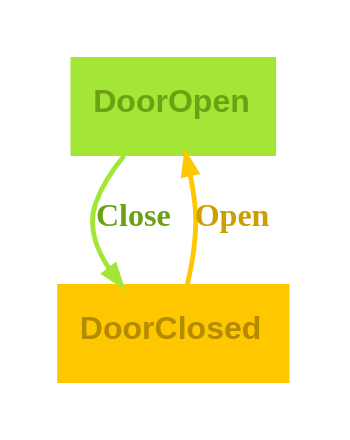
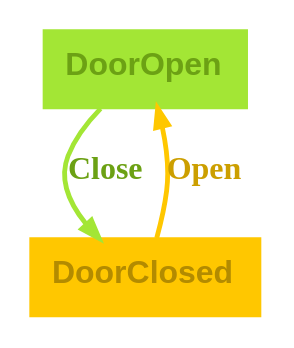
Before and after one commit to m-bock/purescript-transit: the diagram in renders/door_graph-light.dot, drawn with Graphviz. The commit also changed 41 other files, not shown here.

Commit message:
Enhance Graphviz integration and update tutorial examples; modify rendering options for various themes, improve state diagram generation for DoorPin and Bridges of Königsberg, and refine documentation for clarity and consistency across examples.

```diff
--- a/renders/door_graph-light.dot
+++ b/renders/door_graph-light.dot
@@ -1,8 +1,8 @@
 digraph 
 {
-rankdir = "TD";fontname = "Arial";labelloc = "t";fontsize = 12;bgcolor = "#ffffff";color = "#000000";fontcolor = "#000000";pad = 0.2;layout = "dot";rankdir = "TD"
-DoorOpen [shape = "box", label = <<b>DoorOpen</b>>, fontsize = 12, style = "filled", fillcolor = "#a3e635", fontcolor = "#6ca114", color = "#a3e635", fontname = "Arial", labelloc = "c", penwidth = 1.0]
-DoorOpen -> DoorClosed [color = "#a3e635", fontcolor = "#6ca114", fontsize = 12, arrowsize = "0.7", label = <<b>Close</b>>, penwidth = 1.8]
-DoorClosed [shape = "box", label = <<b>DoorClosed</b>>, fontsize = 12, style = "filled", fillcolor = "#ffc700", fontcolor = "#b38b00", color = "#ffc700", fontname = "Arial", labelloc = "c", penwidth = 1.0]
-DoorClosed -> DoorOpen [color = "#ffc700", fontcolor = "#cc9f00", fontsize = 12, arrowsize = "0.7", label = <<b>Open</b>>, penwidth = 1.8]
+rankdir = "TD";fontname = "Arial";labelloc = "t";fontsize = 12.0;bgcolor = "#ffffff";color = "#000000";fontcolor = "#000000";layout = "dot";rankdir = "TD"
+DoorOpen [shape = "box", label = <<b>DoorOpen</b>>, fontsize = 12.0, style = "filled", fillcolor = "#a3e635", fontcolor = "#6ca114", color = "#a3e635", fontname = "Arial", labelloc = "c", penwidth = 1.0, height = 0.4]
+DoorOpen -> DoorClosed [color = "#a3e635", fontcolor = "#6ca114", fontsize = 12.0, arrowsize = "0.7", label = <<b>Close</b>>, penwidth = 1.8]
+DoorClosed [shape = "box", label = <<b>DoorClosed</b>>, fontsize = 12.0, style = "filled", fillcolor = "#ffc700", fontcolor = "#b38b00", color = "#ffc700", fontname = "Arial", labelloc = "c", penwidth = 1.0, height = 0.4]
+DoorClosed -> DoorOpen [color = "#ffc700", fontcolor = "#cc9f00", fontsize = 12.0, arrowsize = "0.7", label = <<b>Open</b>>, penwidth = 1.8]
 }
```
